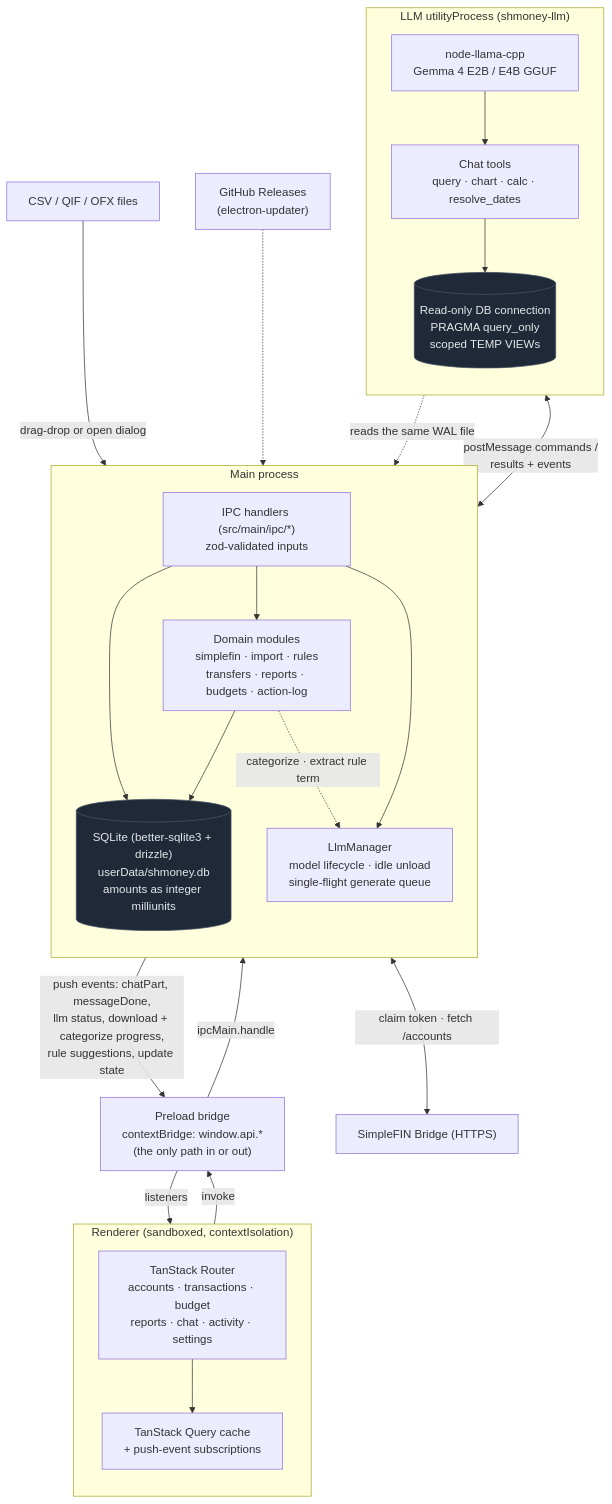
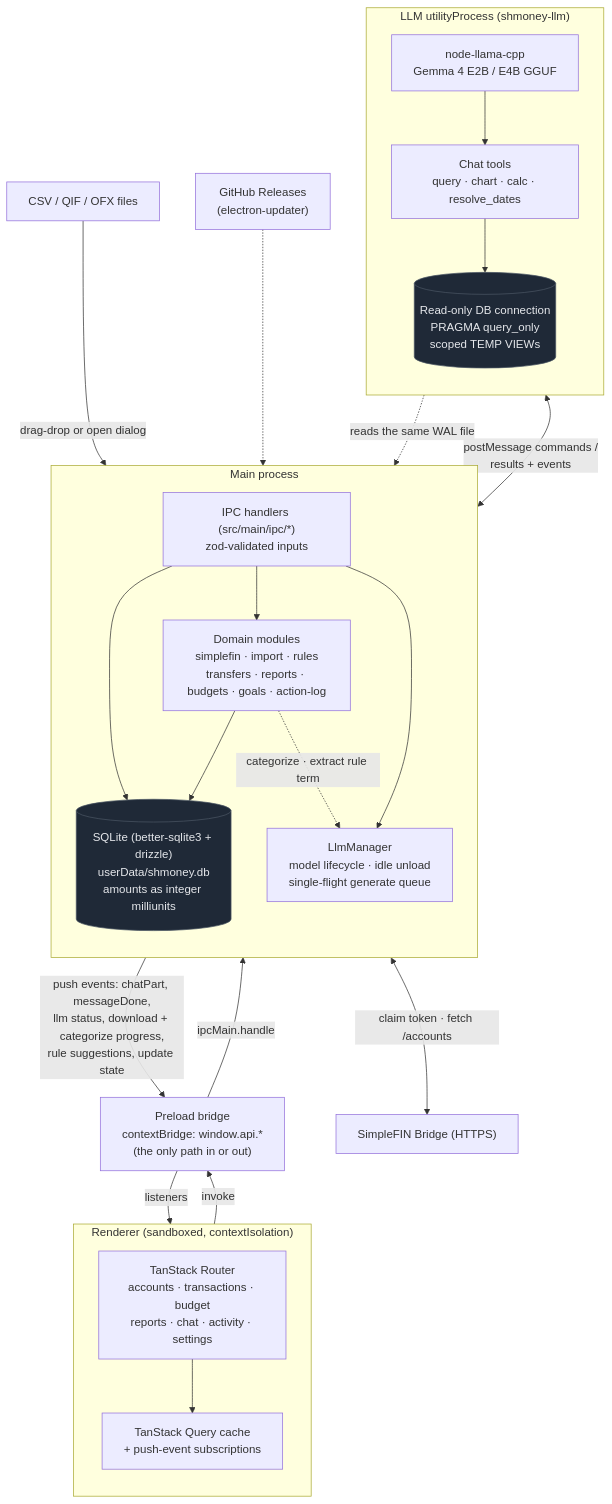
Before and after one commit to rafeautie/shmoney: the first of 6 diagrams in docs/ARCHITECTURE.md, drawn with Mermaid. The commit also changed other lines of this file and 3 other files, not shown here.

````diff
--- a/docs/ARCHITECTURE.md
+++ b/docs/ARCHITECTURE.md
@@ -16,50 +16,50 @@
 ```mermaid
 flowchart TB
     subgraph renderer["Renderer (sandboxed, contextIsolation)"]
         direction TB
         router["TanStack Router<br/>accounts · transactions · budget<br/>reports · chat · activity · settings"]
         rquery["TanStack Query cache<br/>+ push-event subscriptions"]
         router --> rquery
     end
 
     bridge["Preload bridge<br/>contextBridge: window.api.*<br/>(the only path in or out)"]
 
     subgraph main["Main process"]
         direction TB
         ipc["IPC handlers (src/main/ipc/*)<br/>zod-validated inputs"]
-        domain["Domain modules<br/>simplefin · import · rules<br/>transfers · reports · budgets · action-log"]
+        domain["Domain modules<br/>simplefin · import · rules<br/>transfers · reports · budgets · goals · action-log"]
         drizzle[("SQLite (better-sqlite3 + drizzle)<br/>userData/shmoney.db<br/>amounts as integer milliunits")]
         ipc --> domain --> drizzle
         ipc --> drizzle
         llmmgr["LlmManager<br/>model lifecycle · idle unload<br/>single-flight generate queue"]
         ipc --> llmmgr
         domain -.->|"categorize · extract rule term"| llmmgr
     end
 
     subgraph worker["LLM utilityProcess (shmoney-llm)"]
         direction TB
         llama["node-llama-cpp<br/>Gemma 4 E2B / E4B GGUF"]
         tools["Chat tools<br/>query · chart · calc · resolve_dates"]
         readonly[("Read-only DB connection<br/>PRAGMA query_only<br/>scoped TEMP VIEWs")]
         llama --> tools --> readonly
     end
 
     sfin["SimpleFIN Bridge (HTTPS)"]
     files["CSV / QIF / OFX files"]
     gh["GitHub Releases<br/>(electron-updater)"]
 
     rquery -->|"invoke"| bridge
     bridge -->|"ipcMain.handle"| ipc
     ipc -->|"push events: chatPart, messageDone,<br/>llm status, download + categorize progress,<br/>rule suggestions, update state"| bridge
     bridge -->|"listeners"| rquery
 
     domain <-->|"claim token · fetch /accounts"| sfin
     files -->|"drag-drop or open dialog"| ipc
     gh -.-> ipc
 
     llmmgr <-->|"postMessage commands /<br/>results + events"| llama
     readonly -.->|"reads the same WAL file"| drizzle
 
     classDef store fill:#1f2937,stroke:#4b5563,color:#e5e7eb
     class drizzle,readonly store
 ```
````
